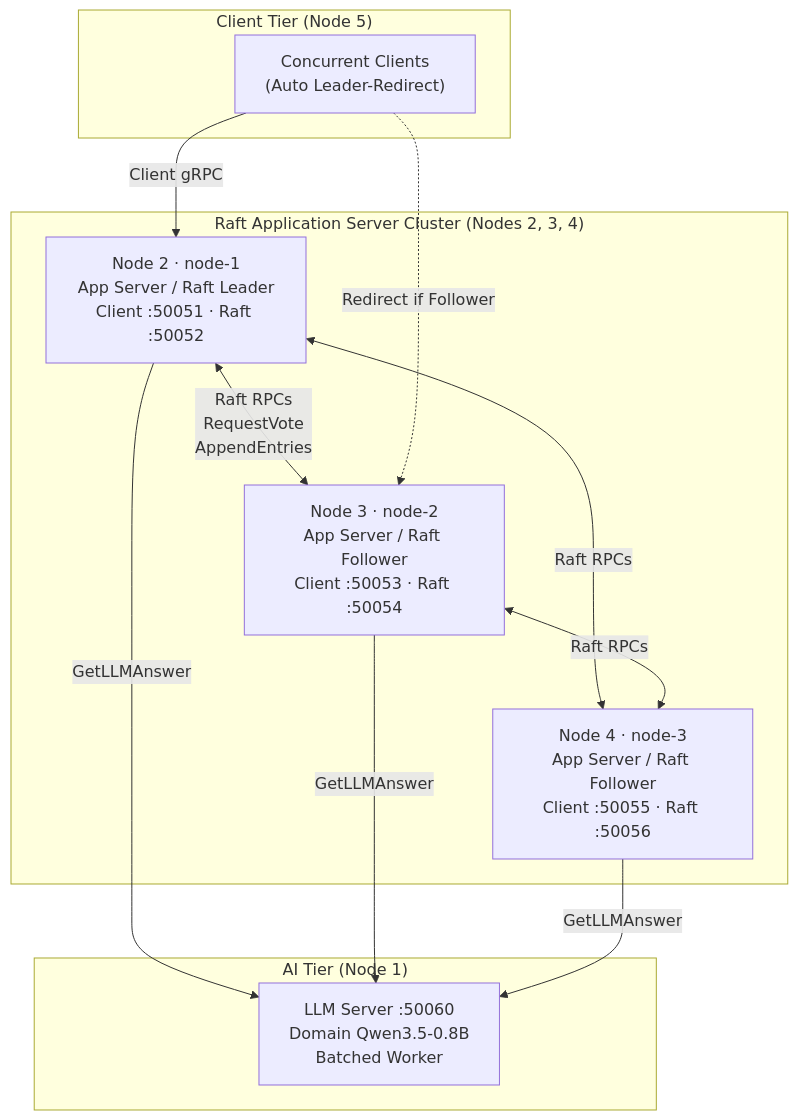
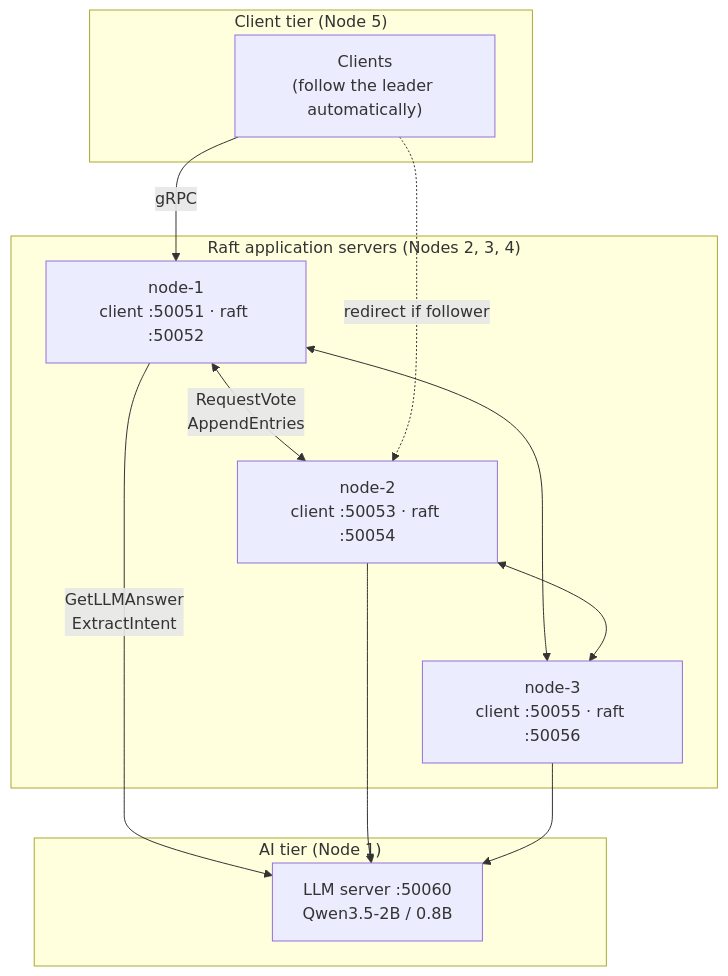
One commit to PrachitDeshinge-324/Distributed_TicketBooking changed the first of 3 diagrams in README.md. Above: the diagram before and after it, drawn with Mermaid. The commit also changed other lines of this file and 12 other files, not shown here.

````diff
--- a/README.md
+++ b/README.md
@@ -352,26 +225,25 @@
 ```mermaid
 flowchart TD
-    subgraph Clients["Client Tier (Node 5)"]
-        C1["Concurrent Clients<br/>(Auto Leader-Redirect)"]
+    subgraph Clients["Client tier (Node 5)"]
+        C1["Clients<br/>(follow the leader automatically)"]
     end
 
-    subgraph AppCluster["Raft Application Server Cluster (Nodes 2, 3, 4)"]
-        N1["Node 2 · node-1<br/>App Server / Raft Leader<br/>Client :50051 · Raft :50052"]
-        N2["Node 3 · node-2<br/>App Server / Raft Follower<br/>Client :50053 · Raft :50054"]
-        N3["Node 4 · node-3<br/>App Server / Raft Follower<br/>Client :50055 · Raft :50056"]
-        
-        N1 <-->|"Raft RPCs<br/>RequestVote<br/>AppendEntries"| N2
-        N1 <-->|"Raft RPCs"| N3
-        N2 <-->|"Raft RPCs"| N3
+    subgraph AppCluster["Raft application servers (Nodes 2, 3, 4)"]
+        N1["node-1<br/>client :50051 · raft :50052"]
+        N2["node-2<br/>client :50053 · raft :50054"]
+        N3["node-3<br/>client :50055 · raft :50056"]
+        N1 <-->|"RequestVote<br/>AppendEntries"| N2
+        N1 <--> N3
+        N2 <--> N3
     end
 
-    subgraph AIServer["AI Tier (Node 1)"]
-        LLM["LLM Server :50060<br/>Domain Qwen3.5-0.8B<br/>Batched Worker"]
+    subgraph AIServer["AI tier (Node 1)"]
+        LLM["LLM server :50060<br/>Qwen3.5-2B / 0.8B"]
     end
 
-    C1 -->|"Client gRPC"| N1
-    C1 -.->|"Redirect if Follower"| N2
-    N1 -->|"GetLLMAnswer"| LLM
-    N2 -->|"GetLLMAnswer"| LLM
-    N3 -->|"GetLLMAnswer"| LLM
+    C1 -->|"gRPC"| N1
+    C1 -.->|"redirect if follower"| N2
+    N1 -->|"GetLLMAnswer<br/>ExtractIntent"| LLM
+    N2 --> LLM
+    N3 --> LLM
 ```
````
